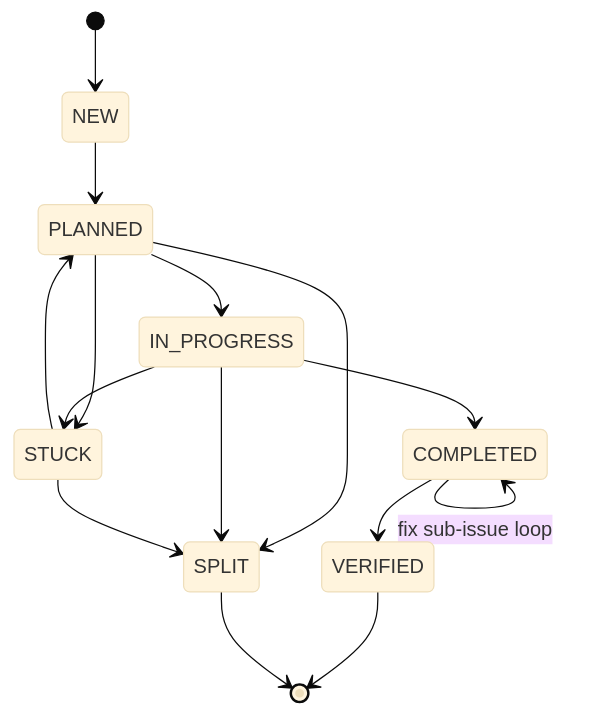
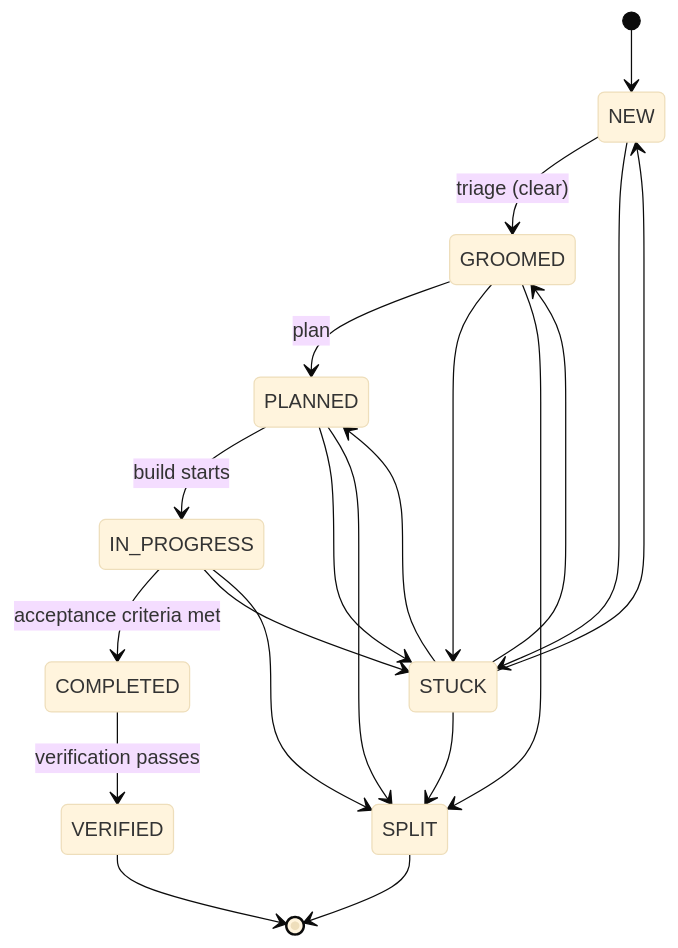
One commit to vx-daniel/barf-ts changed the diagram in README.md. Above: the diagram before and after it, drawn with Mermaid (base theme). The commit also changed other lines of this file and 16 other files, not shown here.

````diff
--- a/README.md
+++ b/README.md
@@ -101,17 +118,22 @@
 ```mermaid
 stateDiagram-v2
     [*] --> NEW
-    NEW --> PLANNED
-    PLANNED --> IN_PROGRESS
+    NEW --> GROOMED : triage (clear)
+    NEW --> STUCK
+    GROOMED --> PLANNED : plan
+    GROOMED --> STUCK
+    GROOMED --> SPLIT
+    PLANNED --> IN_PROGRESS : build starts
     PLANNED --> STUCK
     PLANNED --> SPLIT
-    IN_PROGRESS --> COMPLETED
+    IN_PROGRESS --> COMPLETED : acceptance criteria met
     IN_PROGRESS --> STUCK
     IN_PROGRESS --> SPLIT
     STUCK --> PLANNED
+    STUCK --> NEW
+    STUCK --> GROOMED
     STUCK --> SPLIT
-    COMPLETED --> VERIFIED
-    COMPLETED --> COMPLETED : fix sub-issue loop
+    COMPLETED --> VERIFIED : verification passes
     VERIFIED --> [*]
     SPLIT --> [*]
 ```
````
